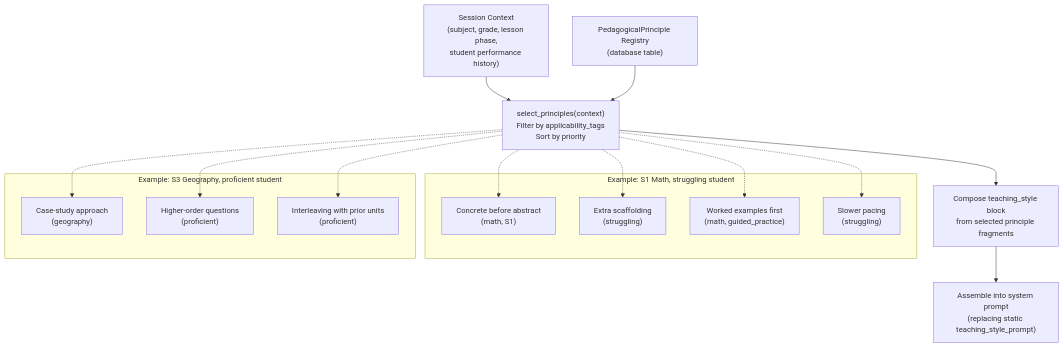
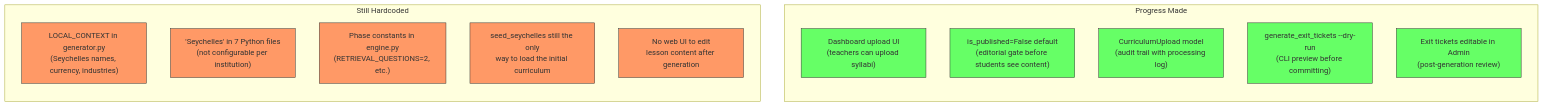
One commit to eai6/ai-tutor changed the sixth of 11 diagrams in design/PROMPT_AND_CURRICULUM_DEEP_DIVE.md. Above: the diagram before and after it, drawn with Mermaid. The commit also changed other lines of this file, not shown here.

First line of the commit message:
Update deep dive design doc with new code analysis (generator, engine, exit tickets)

````diff
--- a/design/PROMPT_AND_CURRICULUM_DEEP_DIVE.md
+++ b/design/PROMPT_AND_CURRICULUM_DEEP_DIVE.md
@@ -380,29 +352,31 @@
 ```mermaid
 flowchart TD
-    CTX["Session Context\n(subject, grade, lesson phase,\nstudent performance history)"]
-
-    REG["PedagogicalPrinciple Registry\n(database table)"]
-
-    CTX --> SELECT["select_principles(context)\nFilter by applicability_tags\nSort by priority"]
-    REG --> SELECT
-
-    SELECT --> COMPOSE["Compose teaching_style block\nfrom selected principle fragments"]
-
-    COMPOSE --> SYS["Assemble into system prompt\n(replacing static teaching_style_prompt)"]
-
-    subgraph "Example: S1 Math, struggling student"
-        P1["Concrete before abstract\n(math, S1)"]
-        P2["Extra scaffolding\n(struggling)"]
-        P3["Worked examples first\n(math, guided_practice)"]
-        P4["Slower pacing\n(struggling)"]
+    subgraph "Progress Made"
+        direction TB
+        P1["Dashboard upload UI\n(teachers can upload syllabi)"]
+        P2["is_published=False default\n(editorial gate before students see content)"]
+        P3["CurriculumUpload model\n(audit trail with processing log)"]
+        P4["generate_exit_tickets --dry-run\n(CLI preview before committing)"]
+        P5["Exit tickets editable in Admin\n(post-generation review)"]
     end
 
-    subgraph "Example: S3 Geography, proficient student"
-        P5["Case-study approach\n(geography)"]
-        P6["Higher-order questions\n(proficient)"]
-        P7["Interleaving with prior units\n(proficient)"]
+    subgraph "Still Hardcoded"
+        direction TB
+        H1["LOCAL_CONTEXT in generator.py\n(Seychelles names, currency, industries)"]
+        H2["'Seychelles' in 7 Python files\n(not configurable per institution)"]
+        H3["Phase constants in engine.py\n(RETRIEVAL_QUESTIONS=2, etc.)"]
+        H4["seed_seychelles still the only\nway to load the initial curriculum"]
+        H5["No web UI to edit\nlesson content after generation"]
     end
 
-    SELECT -.-> P1 & P2 & P3 & P4
-    SELECT -.-> P5 & P6 & P7
+    style P1 fill:#6f6,stroke:#333
+    style P2 fill:#6f6,stroke:#333
+    style P3 fill:#6f6,stroke:#333
+    style P4 fill:#6f6,stroke:#333
+    style P5 fill:#6f6,stroke:#333
+    style H1 fill:#f96,stroke:#333
+    style H2 fill:#f96,stroke:#333
+    style H3 fill:#f96,stroke:#333
+    style H4 fill:#f96,stroke:#333
+    style H5 fill:#f96,stroke:#333
 ```
````
